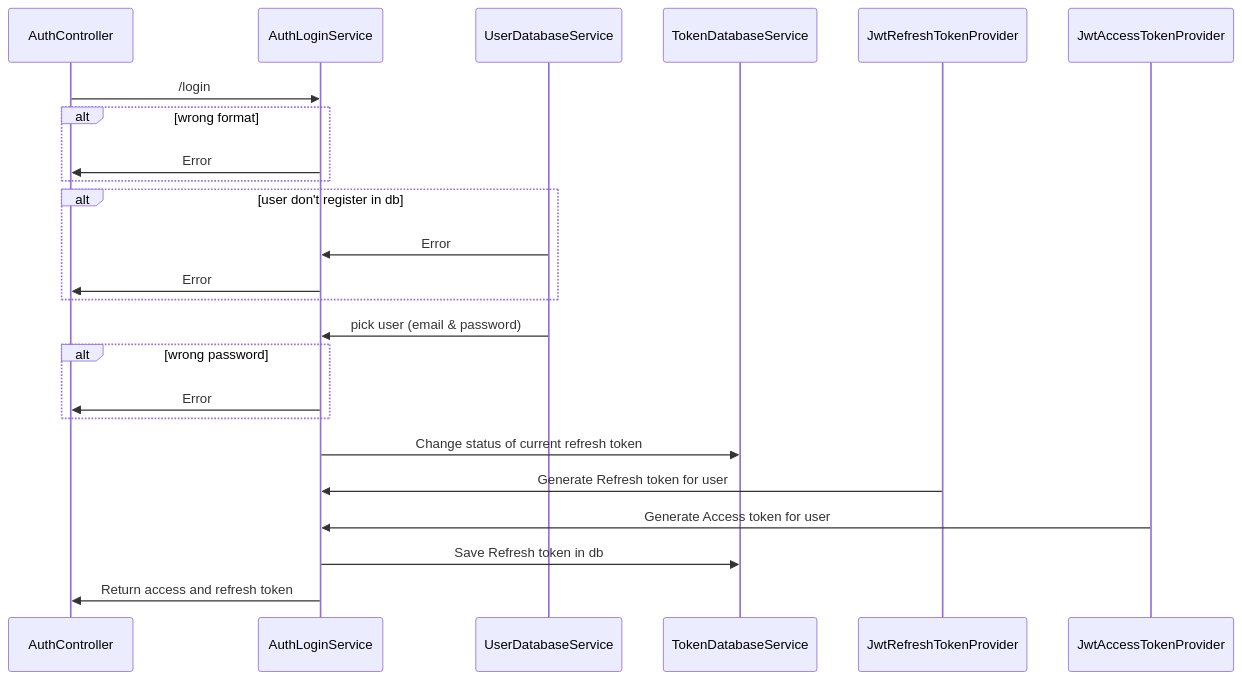
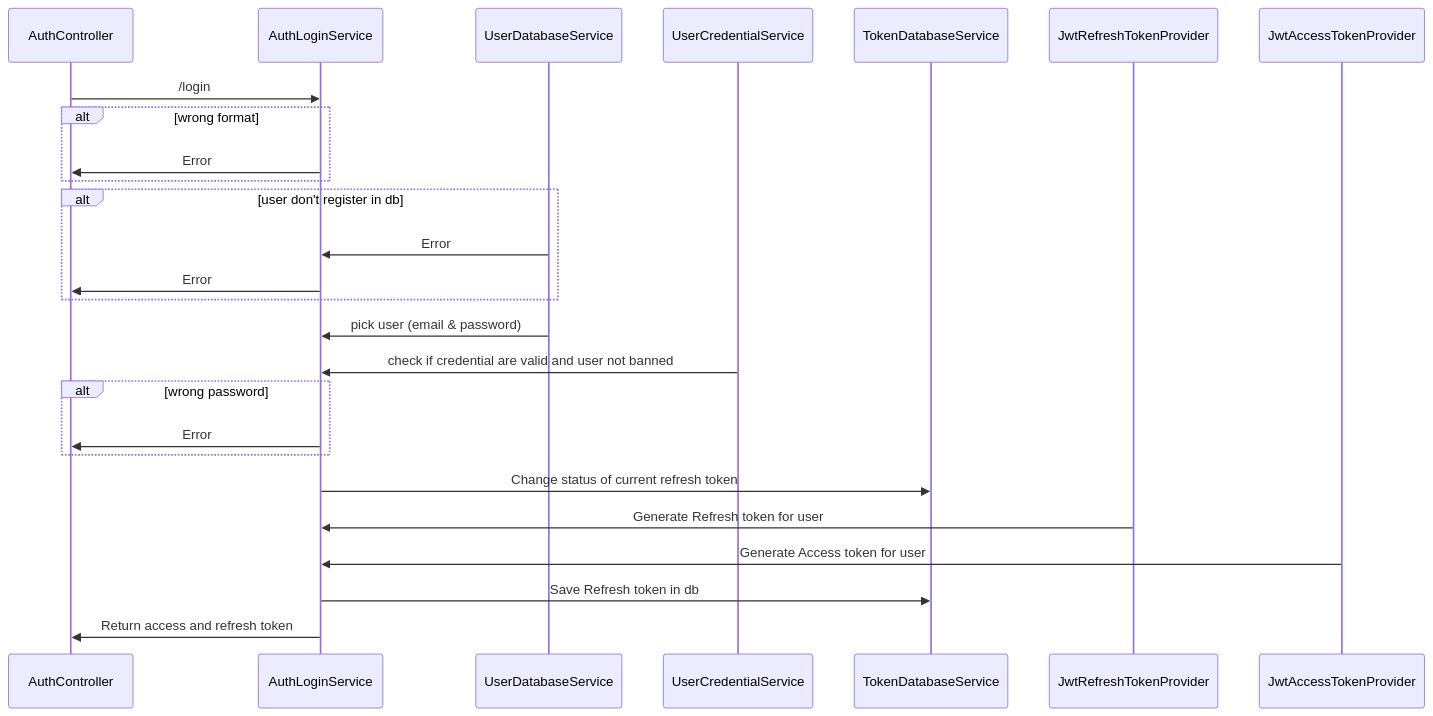
Before and after one commit to Code-Oz/auth-nest-monorepo: the third of 4 diagrams in apps/auth/README.mkd, drawn with Mermaid. The commit also changed 15 other files, not shown here.

````diff
--- a/apps/auth/README.mkd
+++ b/apps/auth/README.mkd
@@ -69,36 +69,38 @@
 ```mermaid
 sequenceDiagram
 
     AuthController->>AuthLoginService: /login
 
     alt wrong format
         AuthLoginService->>AuthController: Error
     end
 
     alt user don't register in db 
         UserDatabaseService->>AuthLoginService: Error
         AuthLoginService->>AuthController: Error
     end
 
     UserDatabaseService->>AuthLoginService: pick user (email & password)
+    UserCredentialService->>AuthLoginService: check if credential are valid and user not banned
 
     alt wrong password
         AuthLoginService->>AuthController: Error
     end
 
 
     AuthLoginService->>TokenDatabaseService: Change status of current refresh token
 
     JwtRefreshTokenProvider->>AuthLoginService: Generate Refresh token for user
     JwtAccessTokenProvider->>AuthLoginService: Generate Access token for user
 
     AuthLoginService->>TokenDatabaseService: Save Refresh token in db
 
     AuthLoginService->>AuthController: Return access and refresh token
 
     participant UserDatabaseService
+    participant UserCredentialService
     participant JwtAccessTokenProvider
     participant JwtRefreshTokenProvider
     participant AuthLoginService
     
 ```
````
